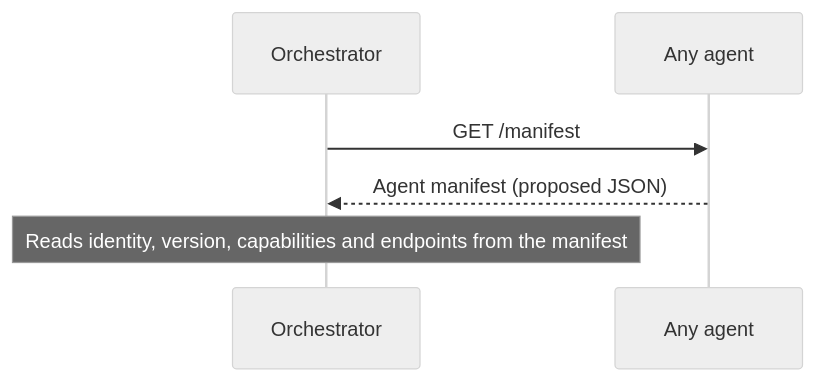
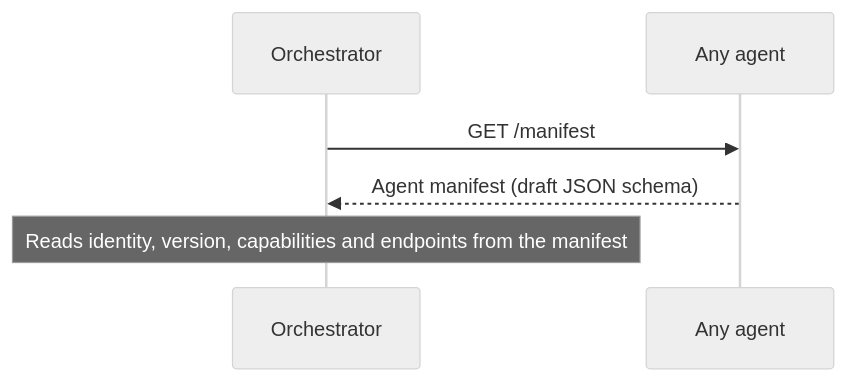
One commit to kirtanbhatt10/Agentmesh changed the first of 2 diagrams in docs/agent-discovery.md. Above: the diagram before and after it, drawn with Mermaid (neutral theme). The commit also changed other lines of this file and 5 other files, not shown here.

````diff
--- a/docs/agent-discovery.md
+++ b/docs/agent-discovery.md
@@ -11,8 +11,8 @@
 ```mermaid
 sequenceDiagram
     participant O as Orchestrator
     participant A as Any agent
     O->>A: GET /manifest
-    A-->>O: Agent manifest (proposed JSON)
+    A-->>O: Agent manifest (draft JSON schema)
     Note over O: Reads identity, version, capabilities and endpoints from the manifest
 ```
````
